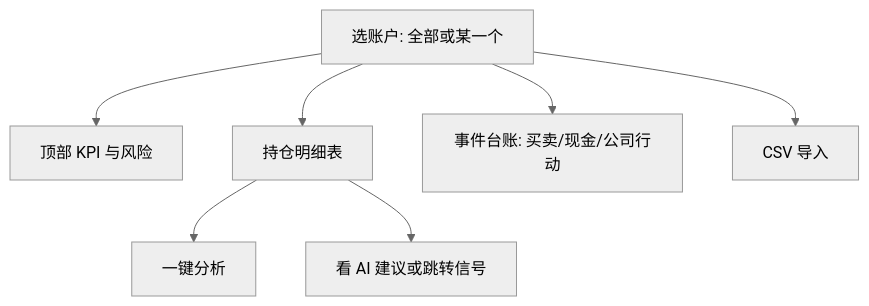
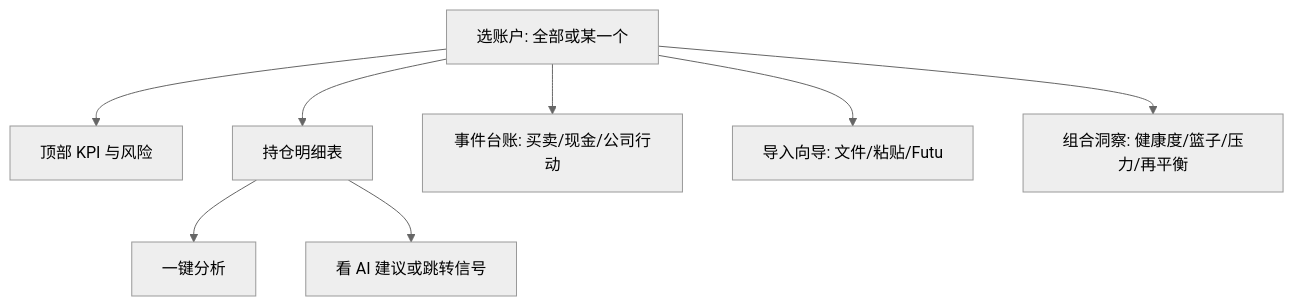
One commit to SiinXu/stock-pulse-ai changed the diagram in docs/ui-manual/07-portfolio.md. Above: the diagram before and after it, drawn with Mermaid (neutral theme). The commit also changed other lines of this file and 69 other files, not shown here.

````diff
--- a/docs/ui-manual/07-portfolio.md
+++ b/docs/ui-manual/07-portfolio.md
@@ -41,9 +41,10 @@
 ```mermaid
 flowchart TB
   A[选账户: 全部或某一个] --> B[顶部 KPI 与风险]
   A --> C[持仓明细表]
   A --> D[事件台账: 买卖/现金/公司行动]
-  A --> E[CSV 导入]
+  A --> E[导入向导: 文件/粘贴/Futu]
+  A --> H[组合洞察: 健康度/篮子/压力/再平衡]
   C --> F[一键分析]
   C --> G[看 AI 建议或跳转信号]
 ```
````
